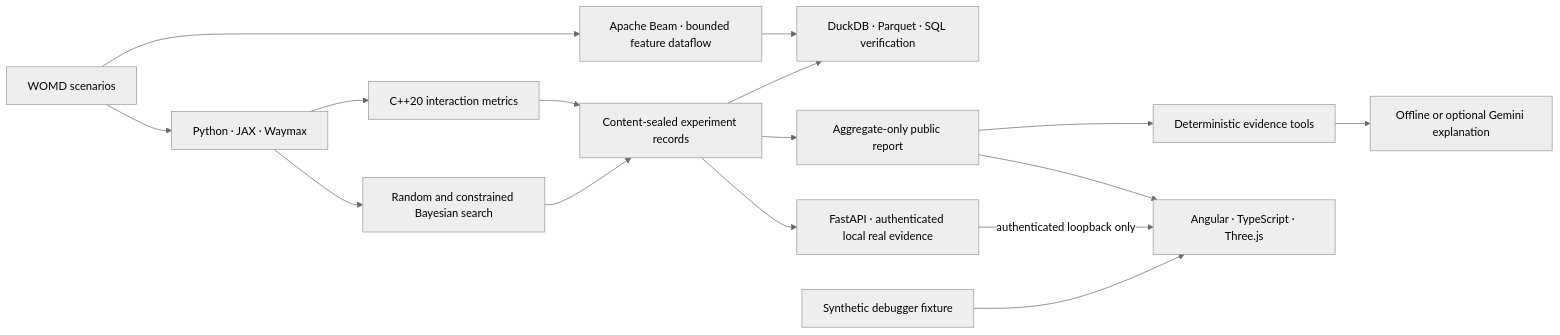
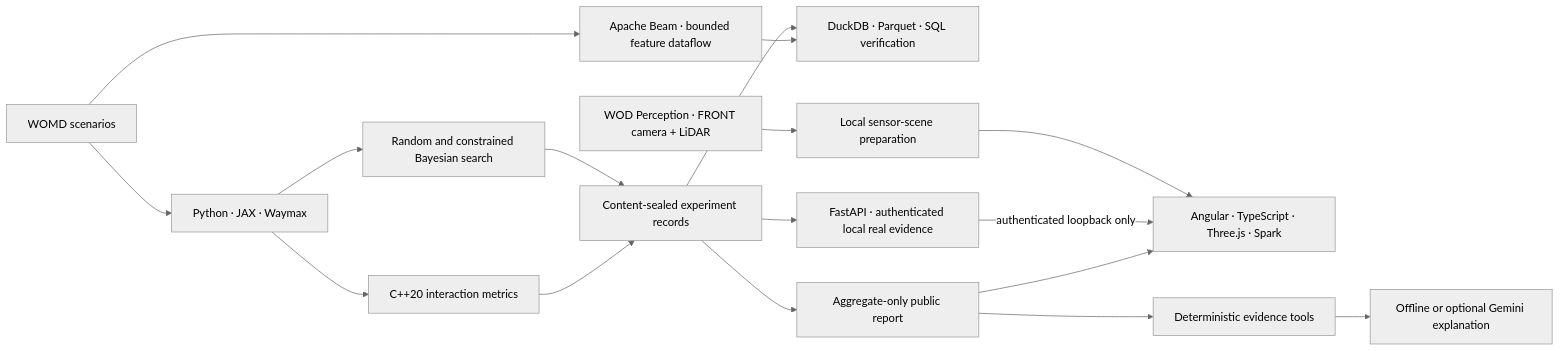
One commit to ethanvillalovoz/planmargin changed the diagram in README.md. Above: the diagram before and after it, drawn with Mermaid (neutral theme). The commit also changed other lines of this file and 63 other files, not shown here.

````diff
--- a/README.md
+++ b/README.md
@@ -121,18 +131,19 @@
 ```mermaid
 flowchart LR
     A["WOMD scenarios"] --> B["Python · JAX · Waymax"]
     B --> C["Random and constrained Bayesian search"]
     B --> D["C++20 interaction metrics"]
     C --> E["Content-sealed experiment records"]
     D --> E
     E --> F["DuckDB · Parquet · SQL verification"]
     E --> G["Aggregate-only public report"]
     E --> J["FastAPI · authenticated local real evidence"]
     A --> K["Apache Beam · bounded feature dataflow"]
     K --> F
+    N["WOD Perception · FRONT camera + LiDAR"] --> O["Local sensor-scene preparation"]
+    O --> I
     G --> L["Deterministic evidence tools"]
     L --> M["Offline or optional Gemini explanation"]
-    H["Synthetic debugger fixture"] --> I["Angular · TypeScript · Three.js"]
-    J -->|"authenticated loopback only"| I
+    J -->|"authenticated loopback only"| I["Angular · TypeScript · Three.js · Spark"]
     G --> I
 ```
````
